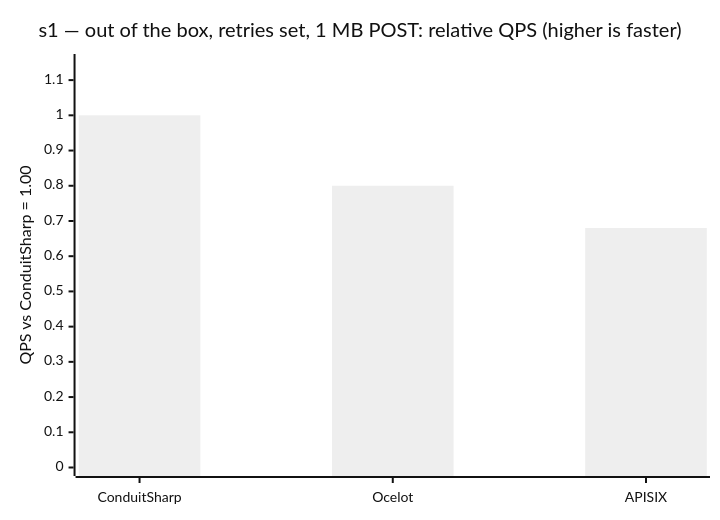
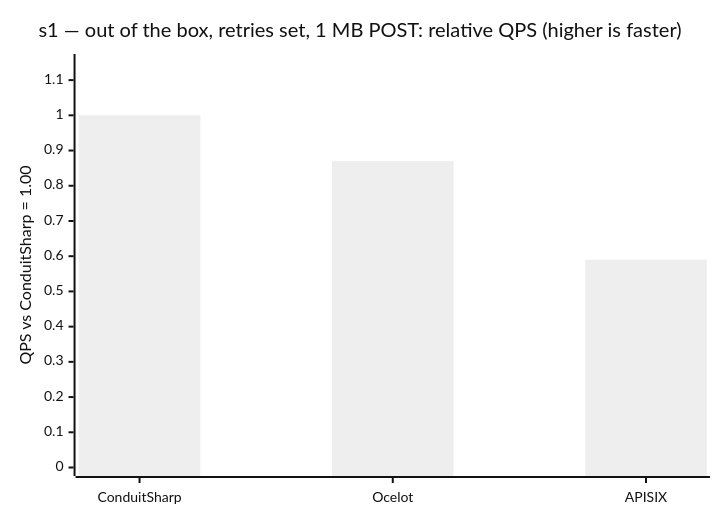
One commit to liqngliz/ConduitSharp changed the sixth of 8 diagrams in README.md. Above: the diagram before and after it, drawn with Mermaid (neutral theme). The commit also changed other lines of this file and 1 other file, not shown here.

````diff
--- a/README.md
+++ b/README.md
@@ -182,7 +182,7 @@
 ```mermaid
 xychart-beta
     title "s1 — out of the box, retries set, 1 MB POST: relative QPS (higher is faster)"
     x-axis ["ConduitSharp", "Ocelot", "APISIX"]
     y-axis "QPS vs ConduitSharp = 1.00" 0 --> 1.15
-    bar [1.00, 0.80, 0.68]
+    bar [1.00, 0.87, 0.59]
 ```
````
